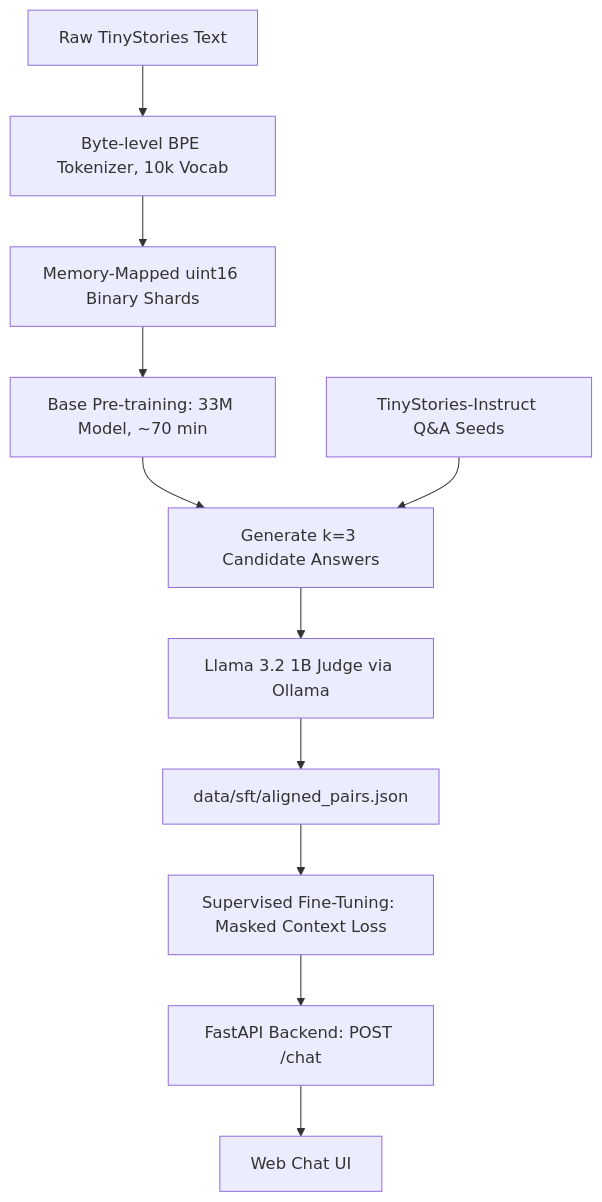
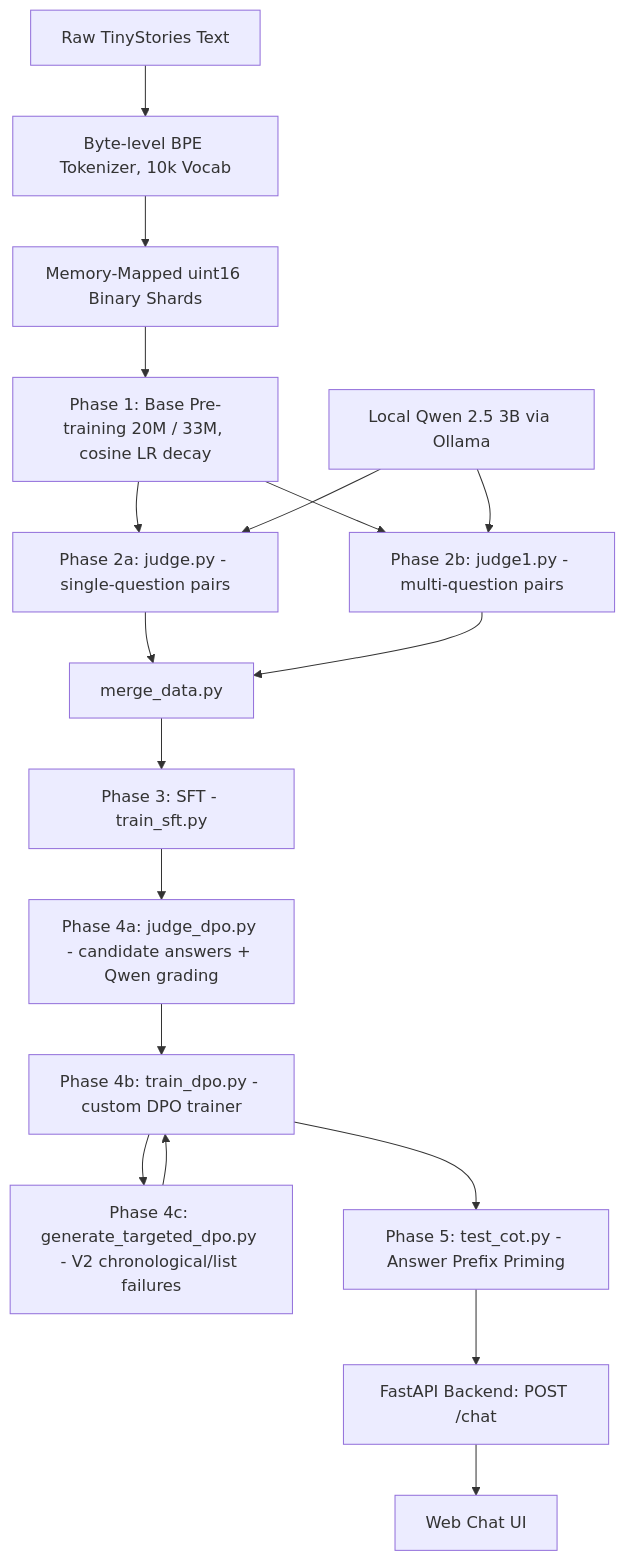
One commit to yogeshsikhwal77/nanoGPT changed the second of 3 diagrams in README.md. Above: the diagram before and after it, drawn with Mermaid. The commit also changed other lines of this file and 6 other files, not shown here.

Commit message:
train 33 million model from start to dpo

````diff
--- a/README.md
+++ b/README.md
@@ -124,13 +128,23 @@
 ```mermaid
 flowchart TD
     A[Raw TinyStories Text] --> B[Byte-level BPE Tokenizer, 10k Vocab]
     B --> C[Memory-Mapped uint16 Binary Shards]
-    C --> D[Base Pre-training: 33M Model, ~70 min]
-    D --> E[Generate k=3 Candidate Answers]
-    F[TinyStories-Instruct Q&A Seeds] --> E
-    E --> G[Llama 3.2 1B Judge via Ollama]
-    G --> H[data/sft/aligned_pairs.json]
-    H --> I[Supervised Fine-Tuning: Masked Context Loss]
-    I --> J[FastAPI Backend: POST /chat]
-    J --> K[Web Chat UI]
+    C --> D["Phase 1: Base Pre-training 20M / 33M, cosine LR decay"]
+
+    D --> E1["Phase 2a: judge.py - single-question pairs"]
+    D --> E2["Phase 2b: judge1.py - multi-question pairs"]
+    Q[Local Qwen 2.5 3B via Ollama] --> E1
+    Q --> E2
+    E1 --> M[merge_data.py]
+    E2 --> M
+    M --> F["Phase 3: SFT - train_sft.py"]
+
+    F --> G1["Phase 4a: judge_dpo.py - candidate answers + Qwen grading"]
+    G1 --> G2["Phase 4b: train_dpo.py - custom DPO trainer"]
+    G2 --> G3["Phase 4c: generate_targeted_dpo.py - V2 chronological/list failures"]
+    G3 --> G2
+
+    G2 --> H["Phase 5: test_cot.py - Answer Prefix Priming"]
+    H --> I[FastAPI Backend: POST /chat]
+    I --> J[Web Chat UI]
 ```
````
